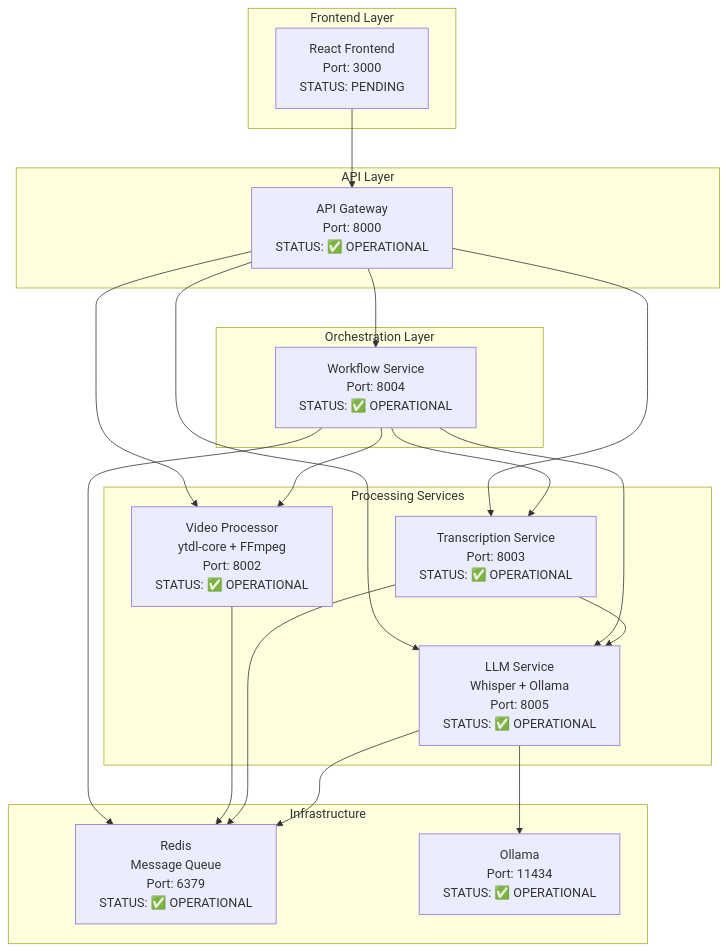
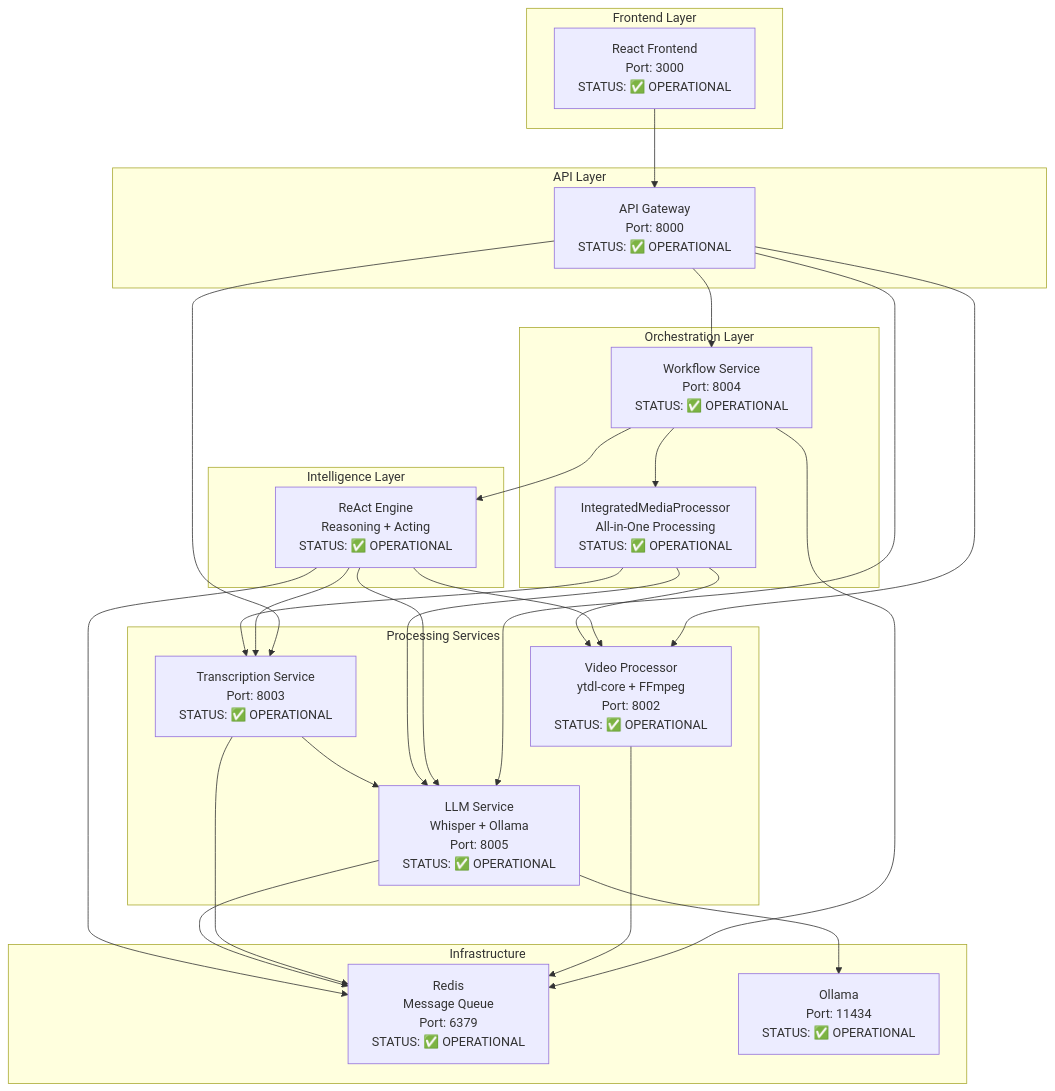
One commit to briancasteel/youtube-transcriber changed the diagram in memory-bank/architecture-plan.md. Above: the diagram before and after it, drawn with Mermaid. The commit also changed other lines of this file and 29 other files, not shown here.

````diff
--- a/memory-bank/architecture-plan.md
+++ b/memory-bank/architecture-plan.md
@@ -13,40 +13,51 @@
 ```mermaid
 graph TB
     subgraph "Frontend Layer"
-        FE[React Frontend<br/>Port: 3000<br/>STATUS: PENDING]
+        FE[React Frontend<br/>Port: 3000<br/>STATUS: ✅ OPERATIONAL]
     end
     
     subgraph "API Layer"
         GW[API Gateway<br/>Port: 8000<br/>STATUS: ✅ OPERATIONAL]
     end
     
+    subgraph "Intelligence Layer"
+        REACT[ReAct Engine<br/>Reasoning + Acting<br/>STATUS: ✅ OPERATIONAL]
+    end
+    
     subgraph "Orchestration Layer"
         WF[Workflow Service<br/>Port: 8004<br/>STATUS: ✅ OPERATIONAL]
+        IMP[IntegratedMediaProcessor<br/>All-in-One Processing<br/>STATUS: ✅ OPERATIONAL]
     end
     
     subgraph "Processing Services"
         VP[Video Processor<br/>ytdl-core + FFmpeg<br/>Port: 8002<br/>STATUS: ✅ OPERATIONAL]
         TS[Transcription Service<br/>Port: 8003<br/>STATUS: ✅ OPERATIONAL]
         LLM[LLM Service<br/>Whisper + Ollama<br/>Port: 8005<br/>STATUS: ✅ OPERATIONAL]
     end
     
     subgraph "Infrastructure"
         RD[Redis<br/>Message Queue<br/>Port: 6379<br/>STATUS: ✅ OPERATIONAL]
         OL[Ollama<br/>Port: 11434<br/>STATUS: ✅ OPERATIONAL]
     end
     
     FE --> GW
     GW --> WF
     GW --> VP
     GW --> TS
     GW --> LLM
-    WF --> VP
-    WF --> TS
-    WF --> LLM
+    WF --> REACT
+    REACT --> VP
+    REACT --> TS
+    REACT --> LLM
+    WF --> IMP
+    IMP --> VP
+    IMP --> TS
+    IMP --> LLM
     TS --> LLM
     LLM --> OL
     WF --> RD
     VP --> RD
     TS --> RD
     LLM --> RD
+    REACT --> RD
 ```
````
